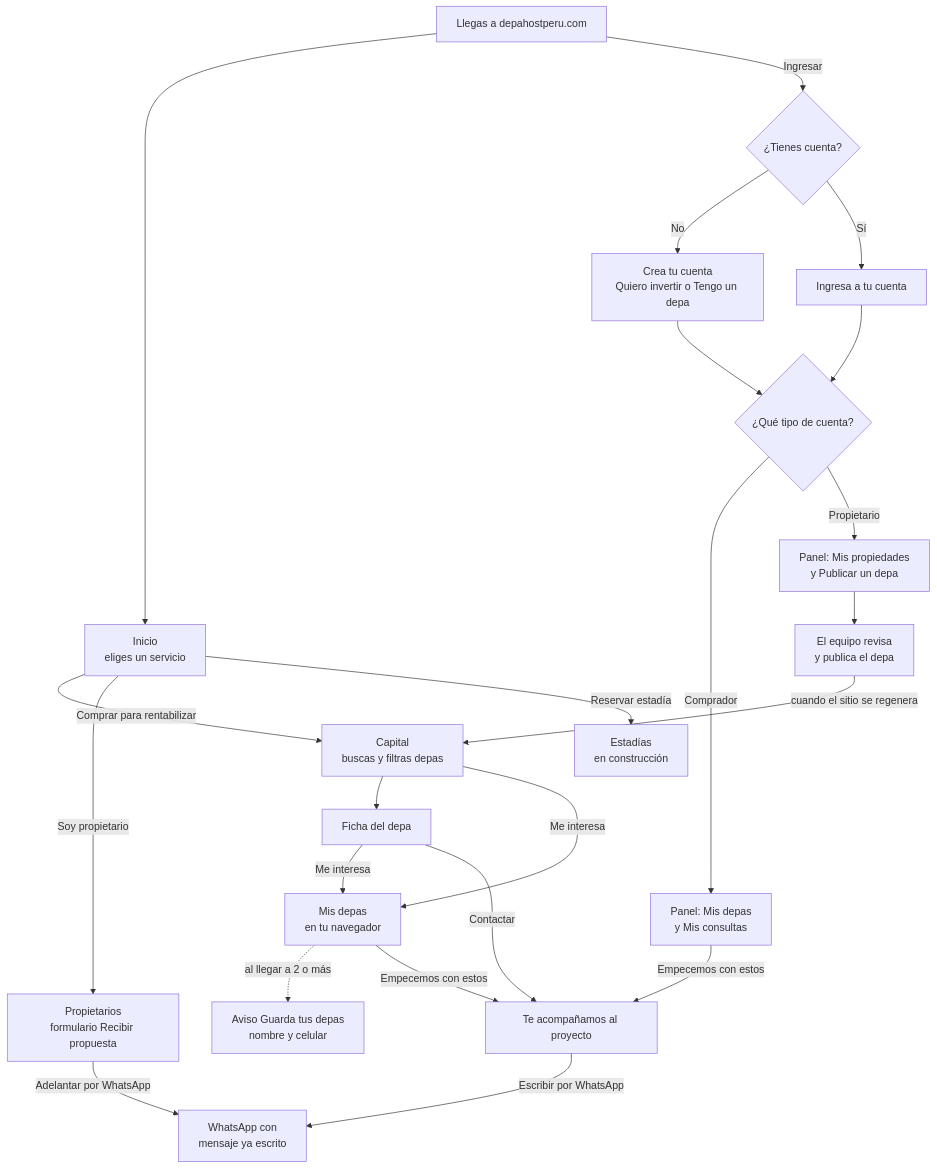
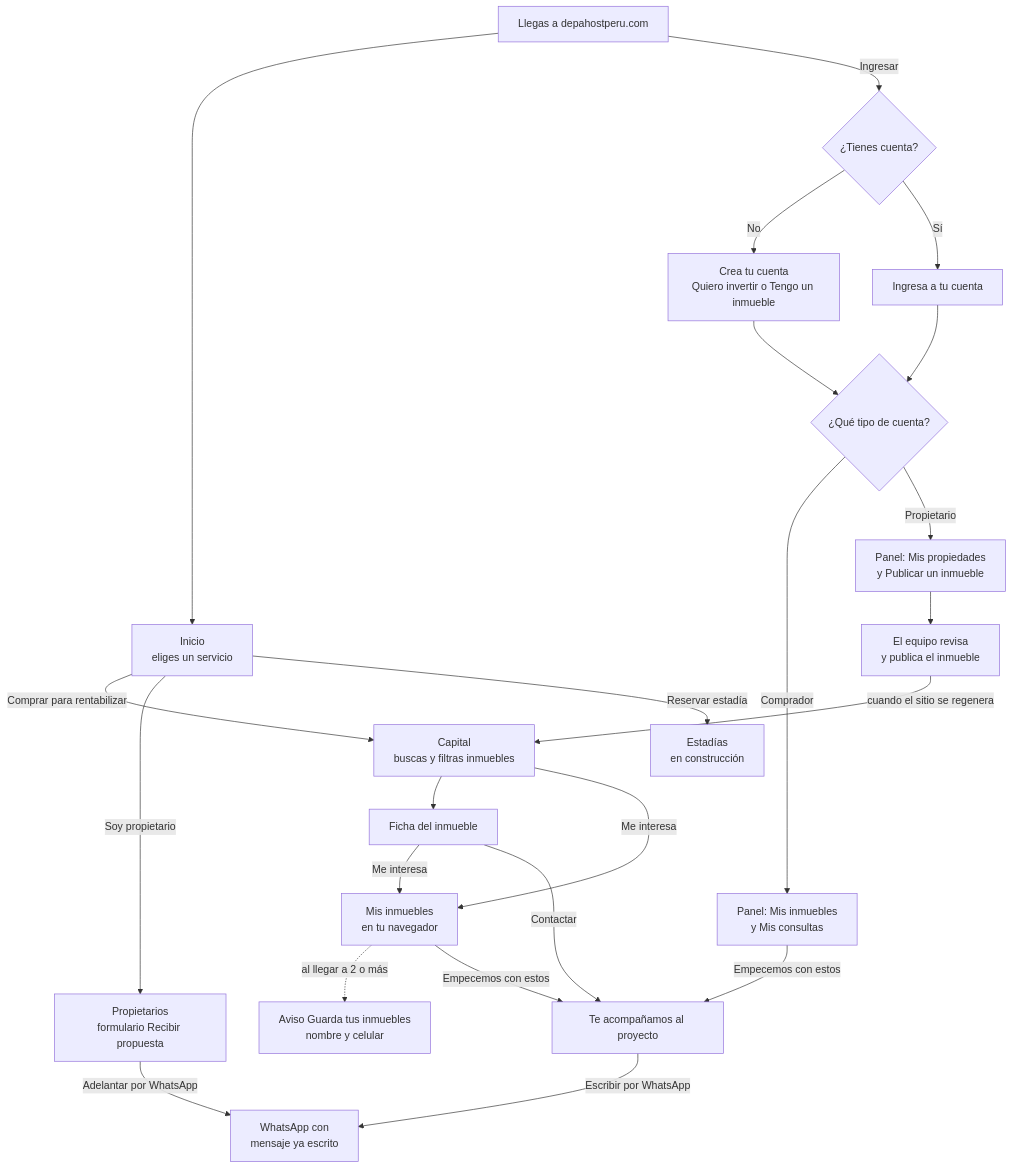
One commit to samirharrytl/DHC_landing changed the first of 17 diagrams in docs/plataforma/09-manual-funcional.md. Above: the diagram before and after it, drawn with Mermaid. The commit also changed other lines of this file and 72 other files, not shown here.

First line of the commit message:
Fuente Poppins como depahostperu.com, "Mis depas" pasa a "Mis inmuebles" y cambios en API y panel

````diff
--- a/docs/plataforma/09-manual-funcional.md
+++ b/docs/plataforma/09-manual-funcional.md
@@ -109,25 +109,25 @@
 ```mermaid
 flowchart TD
     llega["Llegas a depahostperu.com"] --> inicio["Inicio<br/>eliges un servicio"]
-    inicio -->|"Comprar para rentabilizar"| capital["Capital<br/>buscas y filtras depas"]
+    inicio -->|"Comprar para rentabilizar"| capital["Capital<br/>buscas y filtras inmuebles"]
     inicio -->|"Soy propietario"| prop["Propietarios<br/>formulario Recibir propuesta"]
     inicio -->|"Reservar estadía"| estadias["Estadías<br/>en construcción"]
-    capital --> ficha["Ficha del depa"]
-    capital -->|"Me interesa"| guardar["Mis depas<br/>en tu navegador"]
+    capital --> ficha["Ficha del inmueble"]
+    capital -->|"Me interesa"| guardar["Mis inmuebles<br/>en tu navegador"]
     ficha -->|"Me interesa"| guardar
-    guardar -.->|"al llegar a 2 o más"| aviso["Aviso Guarda tus depas<br/>nombre y celular"]
+    guardar -.->|"al llegar a 2 o más"| aviso["Aviso Guarda tus inmuebles<br/>nombre y celular"]
     guardar -->|"Empecemos con estos"| acomp["Te acompañamos al proyecto"]
     ficha -->|"Contactar"| acomp
     acomp -->|"Escribir por WhatsApp"| wa["WhatsApp con<br/>mensaje ya escrito"]
     prop -->|"Adelantar por WhatsApp"| wa
     llega -->|"Ingresar"| tiene{"¿Tienes cuenta?"}
-    tiene -->|"No"| registro["Crea tu cuenta<br/>Quiero invertir o Tengo un depa"]
+    tiene -->|"No"| registro["Crea tu cuenta<br/>Quiero invertir o Tengo un inmueble"]
     tiene -->|"Sí"| login["Ingresa a tu cuenta"]
     registro --> rol{"¿Qué tipo de cuenta?"}
     login --> rol
-    rol -->|"Comprador"| pcomp["Panel: Mis depas<br/>y Mis consultas"]
-    rol -->|"Propietario"| pprop["Panel: Mis propiedades<br/>y Publicar un depa"]
+    rol -->|"Comprador"| pcomp["Panel: Mis inmuebles<br/>y Mis consultas"]
+    rol -->|"Propietario"| pprop["Panel: Mis propiedades<br/>y Publicar un inmueble"]
     pcomp -->|"Empecemos con estos"| acomp
-    pprop --> revision["El equipo revisa<br/>y publica el depa"]
+    pprop --> revision["El equipo revisa<br/>y publica el inmueble"]
     revision -->|"cuando el sitio se regenera"| capital
 ```
````
